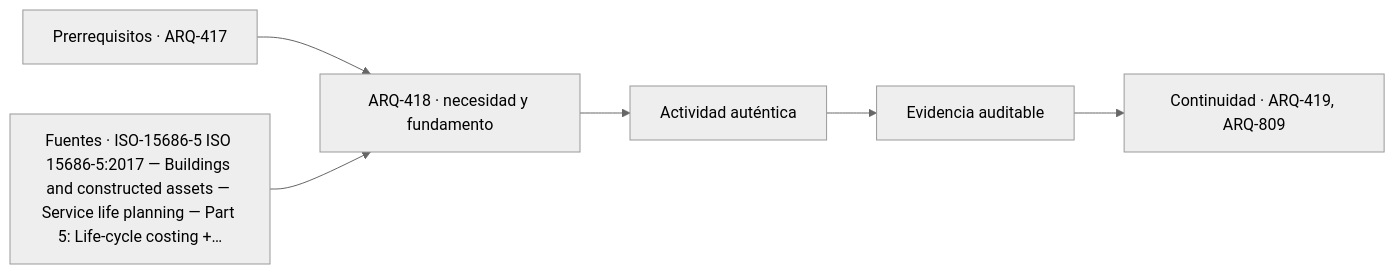
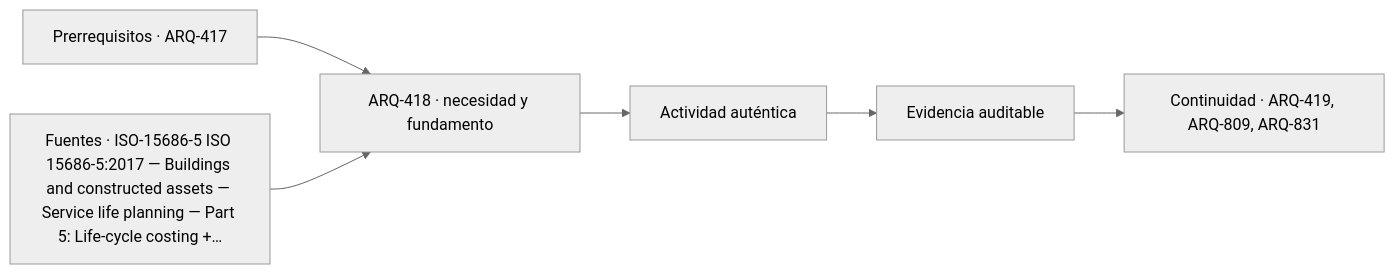
One commit to vladimiracunadev-create/architecture-built-environment-learning-program changed the diagram in classes/parte-42/ARQ-418.md. Above: the diagram before and after it, drawn with Mermaid (neutral theme). The commit also changed other lines of this file and 182 other files, not shown here.

````diff
--- a/classes/parte-42/ARQ-418.md
+++ b/classes/parte-42/ARQ-418.md
@@ -87,8 +87,8 @@
 ```mermaid
 flowchart LR
     A["Prerrequisitos · ARQ-417"] --> B["ARQ-418 · necesidad y fundamento"]
     S["Fuentes · ISO-15686-5 ISO 15686-5:2017 — Buildings and constructed assets — Service life planning — Part 5: Life-cycle costing +…"] --> B
     B --> C["Actividad auténtica"]
     C --> D["Evidencia auditable"]
-    D --> E["Continuidad · ARQ-419, ARQ-809"]
+    D --> E["Continuidad · ARQ-419, ARQ-809, ARQ-831"]
 ```
````
